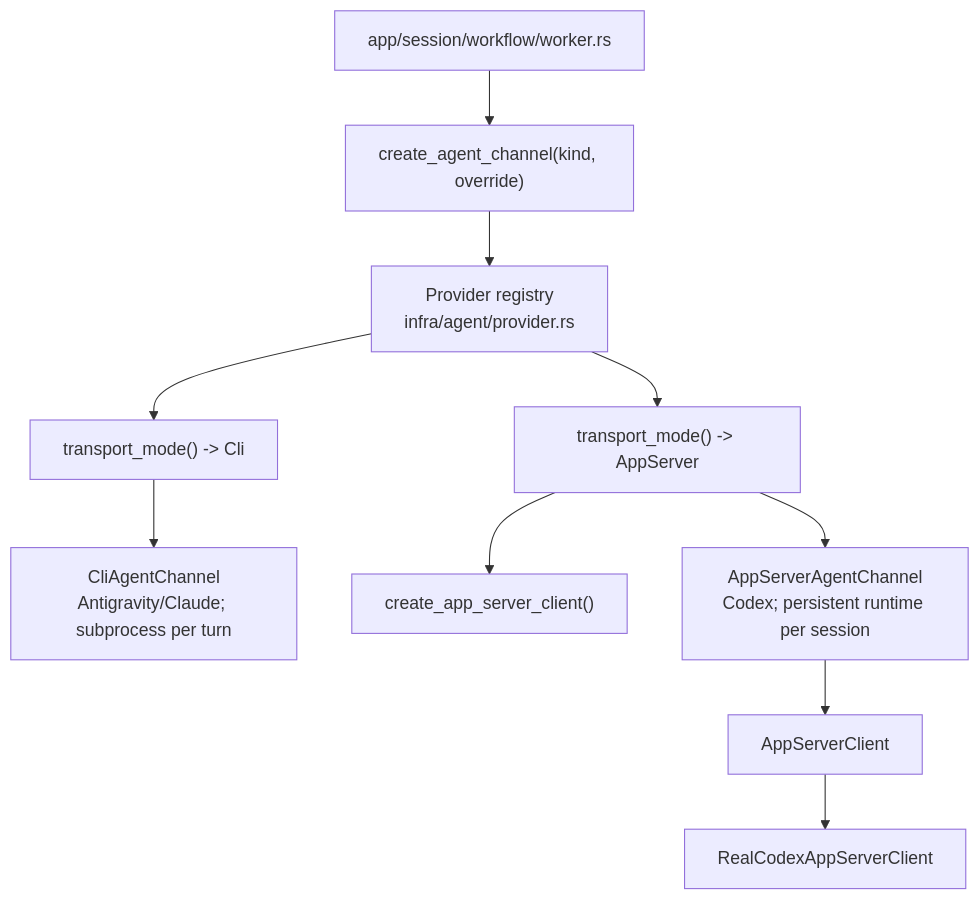
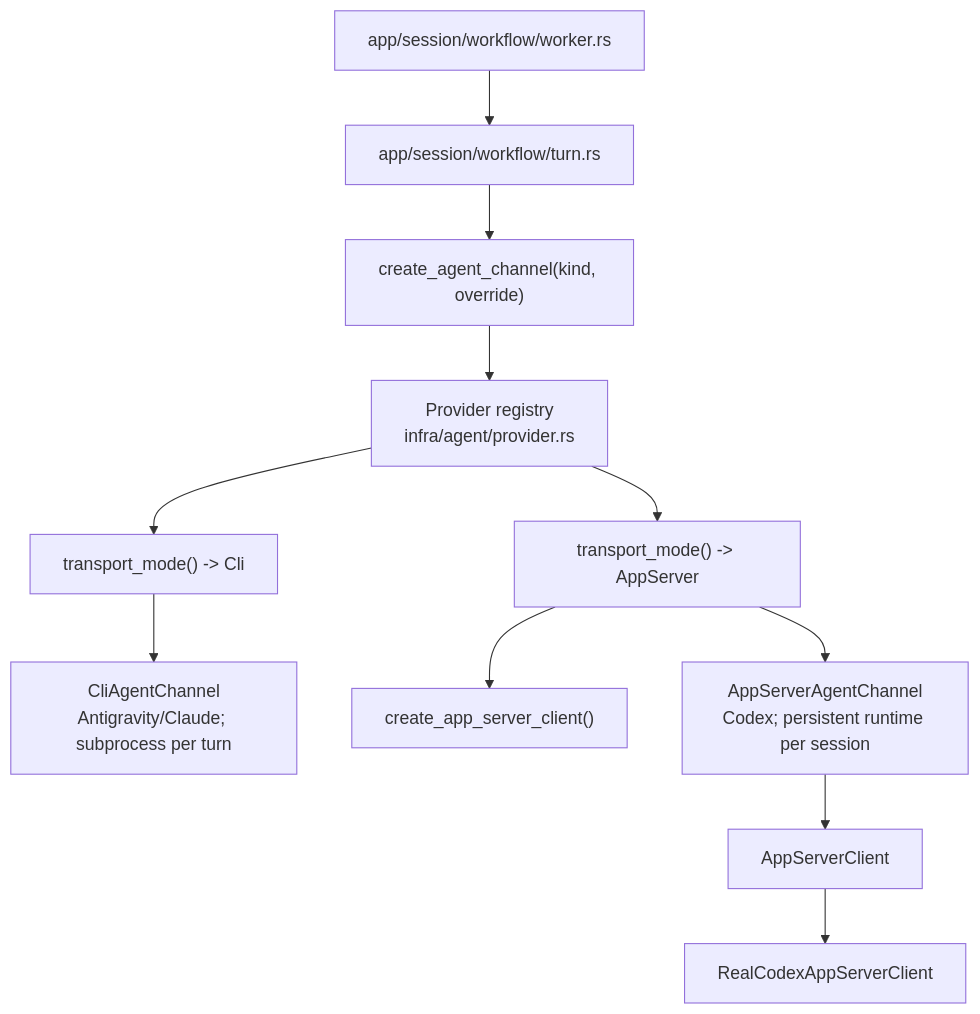
One commit to agentty-xyz/agentty changed the fourth of 4 diagrams in docs/site/content/docs/architecture/runtime-flow.md. Above: the diagram before and after it, drawn with Mermaid. The commit also changed other lines of this file and 8 other files, not shown here.

First line of the commit message:
Split session worker turn workflows

````diff
--- a/docs/site/content/docs/architecture/runtime-flow.md
+++ b/docs/site/content/docs/architecture/runtime-flow.md
@@ -522,23 +523,25 @@
 ```mermaid
 flowchart TD
   worker["app/session/workflow/worker.rs"]
+  turn["app/session/workflow/turn.rs"]
   factory["create_agent_channel(kind, override)"]
   provider["Provider registry<br/>infra/agent/provider.rs"]
   cli_mode["transport_mode() -> Cli"]
   cli_channel["CliAgentChannel<br/>Antigravity/Claude; subprocess per turn"]
   app_server_mode["transport_mode() -> AppServer"]
   app_server_client["create_app_server_client()"]
   app_server_channel["AppServerAgentChannel<br/>Codex; persistent runtime per session"]
   client_trait["AppServerClient"]
   codex_client["RealCodexAppServerClient"]
 
-  worker --> factory
+  worker --> turn
+  turn --> factory
   factory --> provider
   provider --> cli_mode
   cli_mode --> cli_channel
   provider --> app_server_mode
   app_server_mode --> app_server_client
   app_server_mode --> app_server_channel
   app_server_channel --> client_trait
   client_trait --> codex_client
 ```
````
